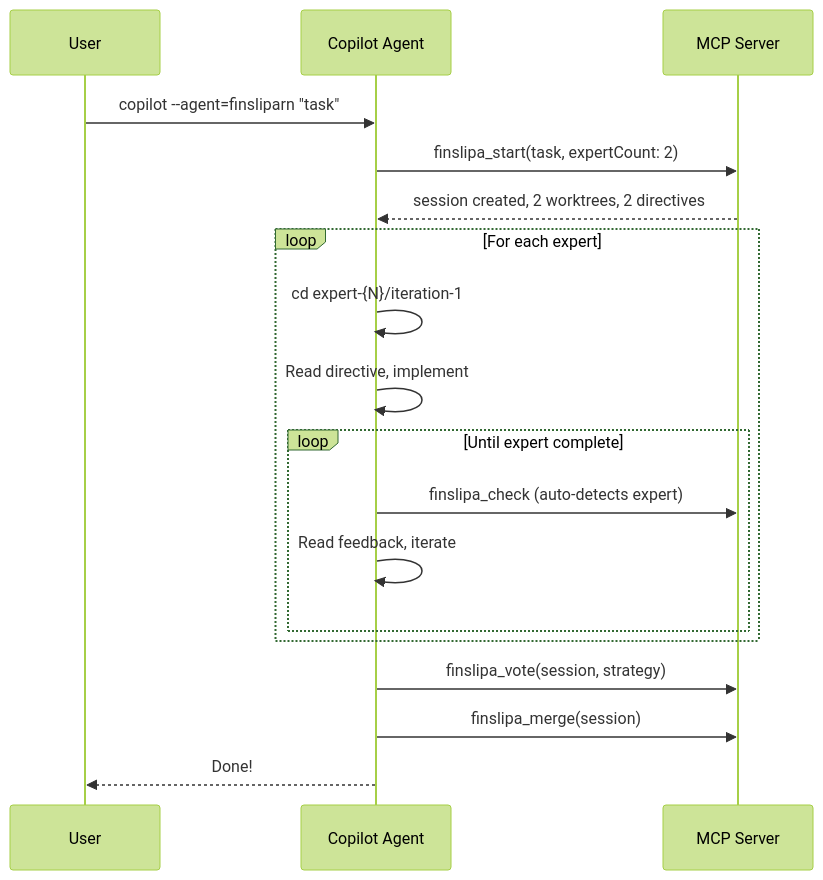
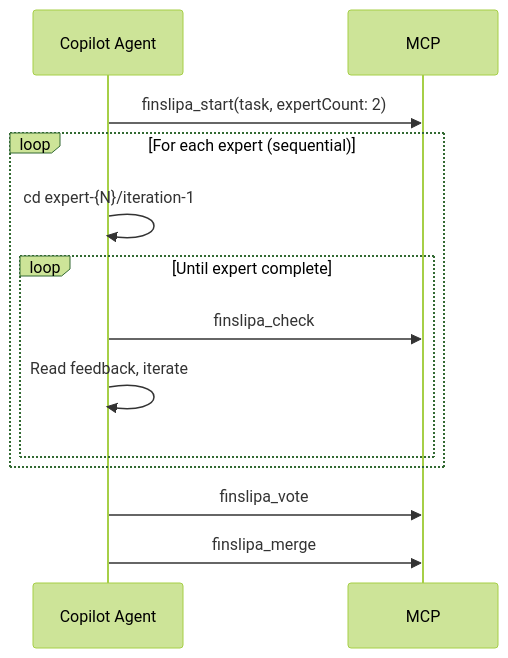
The second of 2 diagrams in docs/spec-copilot.md (jgabor/finsliparn), drawn with Mermaid (forest theme) before and after one commit. The commit also changed other lines of this file, not shown here.

First line of the commit message:
docs: streamline spec-copilot.md as addendum to spec-cc.md

````diff
--- a/docs/spec-copilot.md
+++ b/docs/spec-copilot.md
@@ -627,23 +228,18 @@
 ```mermaid
 sequenceDiagram
-    participant User
     participant Agent as Copilot Agent
-    participant MCP as MCP Server
+    participant MCP
 
-    User->>Agent: copilot --agent=finsliparn "task"
     Agent->>MCP: finslipa_start(task, expertCount: 2)
-    MCP-->>Agent: session created, 2 worktrees, 2 directives
 
-    loop For each expert
+    loop For each expert (sequential)
         Agent->>Agent: cd expert-{N}/iteration-1
-        Agent->>Agent: Read directive, implement
         loop Until expert complete
-            Agent->>MCP: finslipa_check (auto-detects expert)
+            Agent->>MCP: finslipa_check
             Agent->>Agent: Read feedback, iterate
         end
     end
 
-    Agent->>MCP: finslipa_vote(session, strategy)
-    Agent->>MCP: finslipa_merge(session)
-    Agent-->>User: Done!
+    Agent->>MCP: finslipa_vote
+    Agent->>MCP: finslipa_merge
 ```
````
